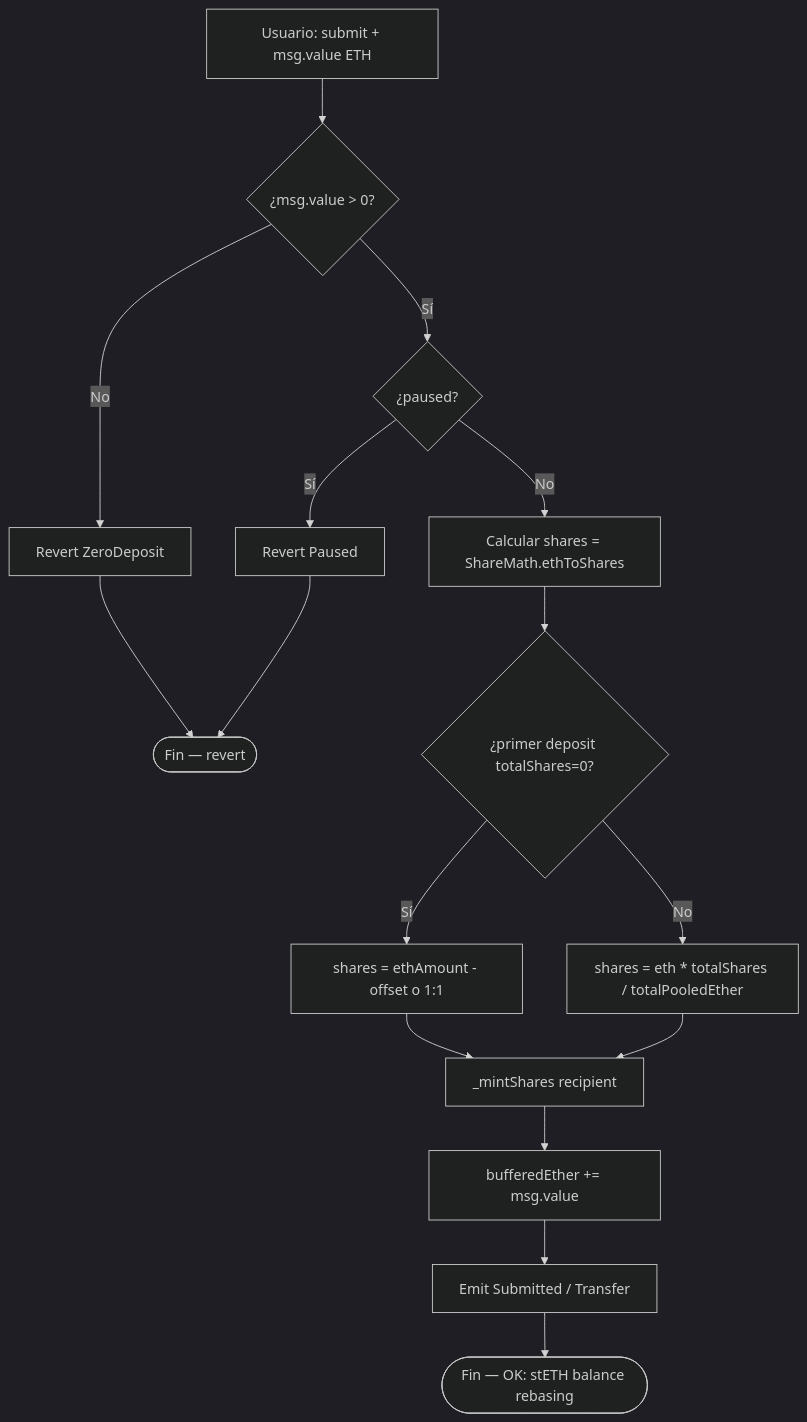
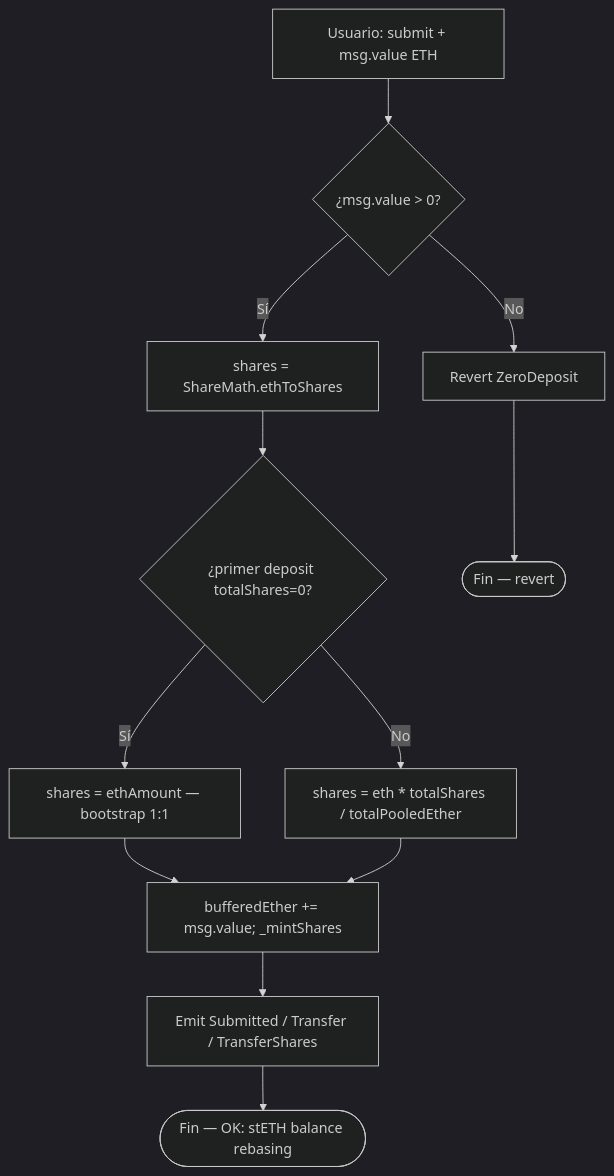
Before and after one commit to rastrahm/liquid-staking-protocol: the first of 6 diagrams in doc/diagrama-de-flujo.md, drawn with Mermaid (dark theme). The commit also changed other lines of this file and 12 other files, not shown here.

````diff
--- a/doc/diagrama-de-flujo.md
+++ b/doc/diagrama-de-flujo.md
@@ -8,18 +8,14 @@
 ```mermaid
 flowchart TD
     A[Usuario: submit + msg.value ETH] --> B{¿msg.value > 0?}
     B -->|No| Z0[Revert ZeroDeposit]
-    B -->|Sí| C{¿paused?}
-    C -->|Sí| Z1[Revert Paused]
-    C -->|No| D[Calcular shares = ShareMath.ethToShares]
+    B -->|Sí| D[shares = ShareMath.ethToShares]
     D --> E{¿primer deposit totalShares=0?}
-    E -->|Sí| F[shares = ethAmount - offset o 1:1]
+    E -->|Sí| F[shares = ethAmount — bootstrap 1:1]
     E -->|No| G[shares = eth * totalShares / totalPooledEther]
-    F --> H[_mintShares recipient]
+    F --> H[bufferedEther += msg.value; _mintShares]
     G --> H
-    H --> I[bufferedEther += msg.value]
-    I --> J[Emit Submitted / Transfer]
+    H --> J[Emit Submitted / Transfer / TransferShares]
     J --> Ok([Fin — OK: stETH balance rebasing])
     Z0 --> End([Fin — revert])
-    Z1 --> End
 ```
````
